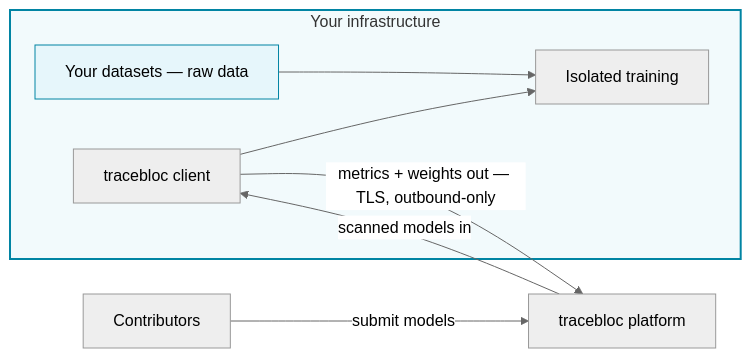
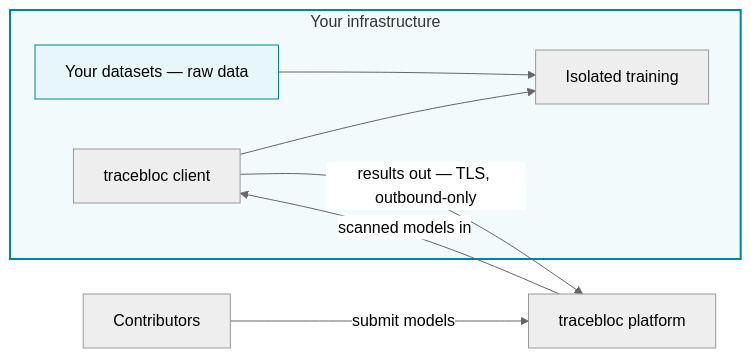
Before and after one commit to tracebloc/docs: the diagram in environment-setup/overview.mdx, drawn with Mermaid (neutral theme). The commit also changed other lines of this file and 3 other files, not shown here.

````diff
--- a/environment-setup/overview.mdx
+++ b/environment-setup/overview.mdx
@@ -10,15 +10,15 @@
 ```mermaid
 flowchart LR
   subgraph YOURS["Your infrastructure"]
     DATA["Your datasets — raw data"]
     CLIENT["tracebloc client"]
     TRAIN["Isolated training"]
     DATA --> TRAIN
     CLIENT --> TRAIN
   end
   CONTRIB["Contributors"] -->|submit models| PLATFORM["tracebloc platform"]
   PLATFORM -->|scanned models in| CLIENT
-  CLIENT -->|"metrics + weights out — TLS, outbound-only"| PLATFORM
+  CLIENT -->|"results out — TLS, outbound-only"| PLATFORM
   style YOURS fill:#f2fafc,stroke:#0184A3,stroke-width:2px
   style DATA fill:#e6f6fb,stroke:#0184A3
 ```
````
